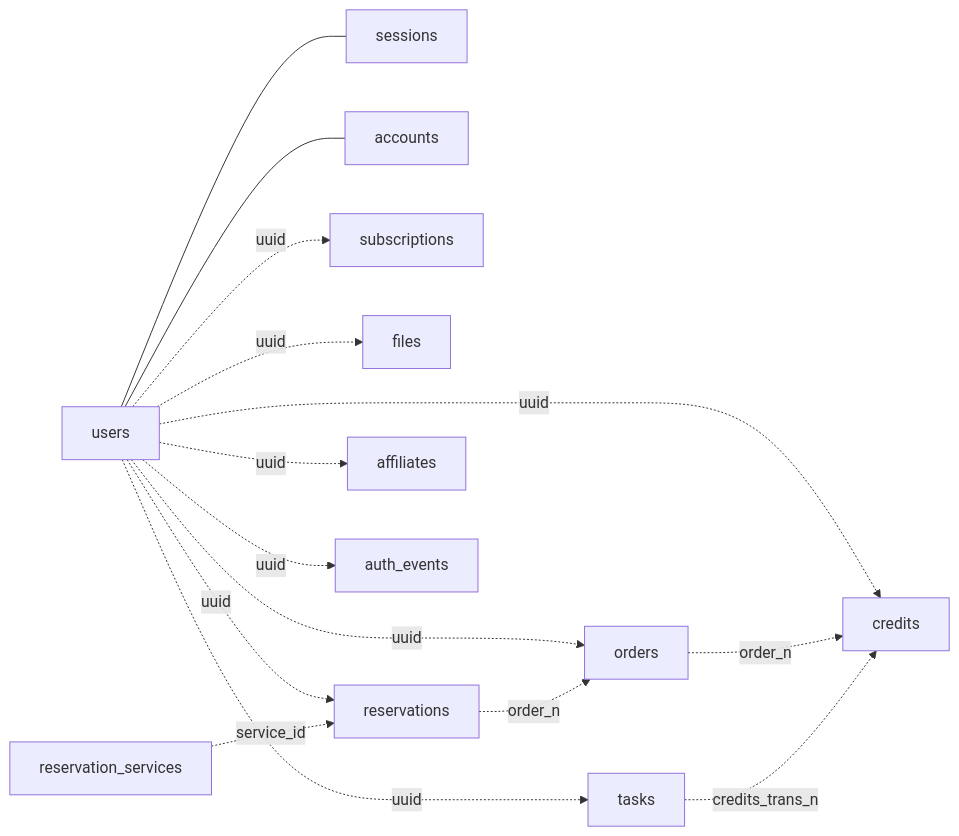
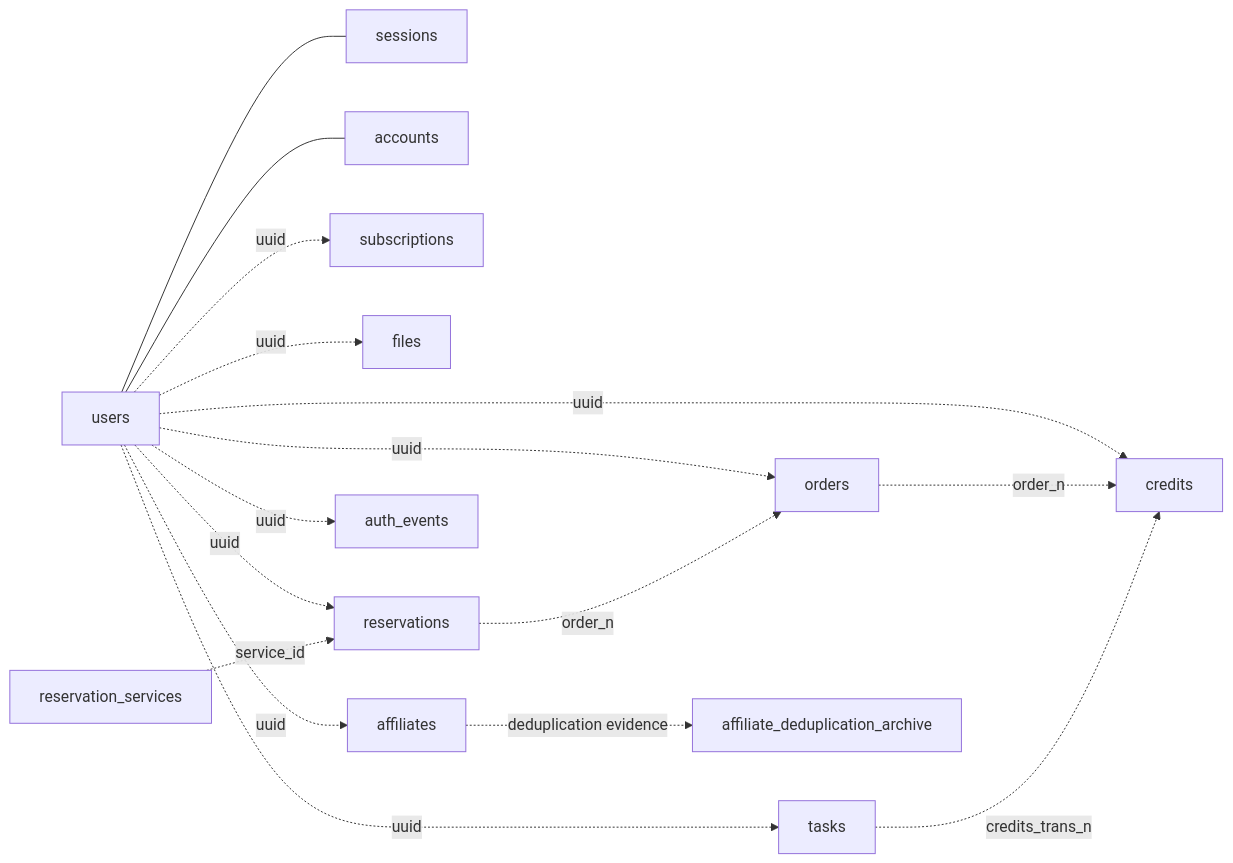
One commit to PansaLegrand/sushi-saas-template changed the diagram in docs/database.md. Above: the diagram before and after it, drawn with Mermaid. The commit also changed other lines of this file and 376 other files, not shown here.

````diff
--- a/docs/database.md
+++ b/docs/database.md
@@ -209,17 +304,18 @@
 ```mermaid
 graph LR
   users[users] --- sessions
   users --- accounts
   users -.uuid.-> credits
   users -.uuid.-> orders
   users -.uuid.-> subscriptions
   users -.uuid.-> files
   users -.uuid.-> tasks
   users -.uuid.-> reservations
   users -.uuid.-> affiliates
   users -.uuid.-> auth_events
+  affiliates -.deduplication evidence.-> affiliate_deduplication_archive
   orders -.order_no.-> credits
   tasks -.credits_trans_no.-> credits
   reservation_services -.service_id.-> reservations
   reservations -.order_no.-> orders
 ```
````
